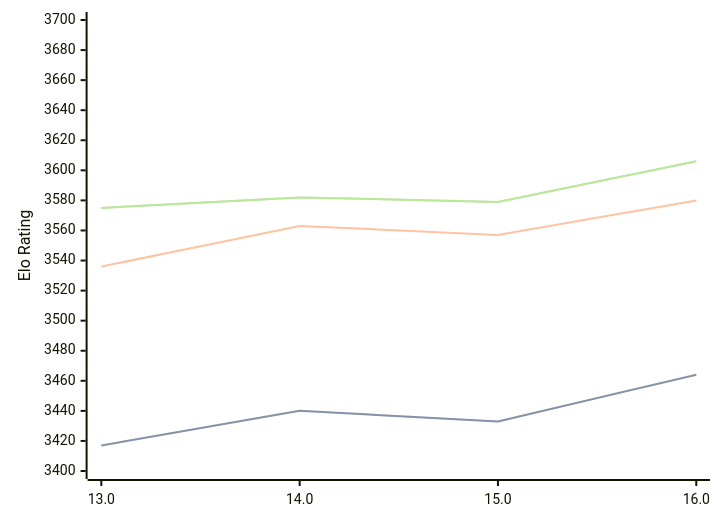
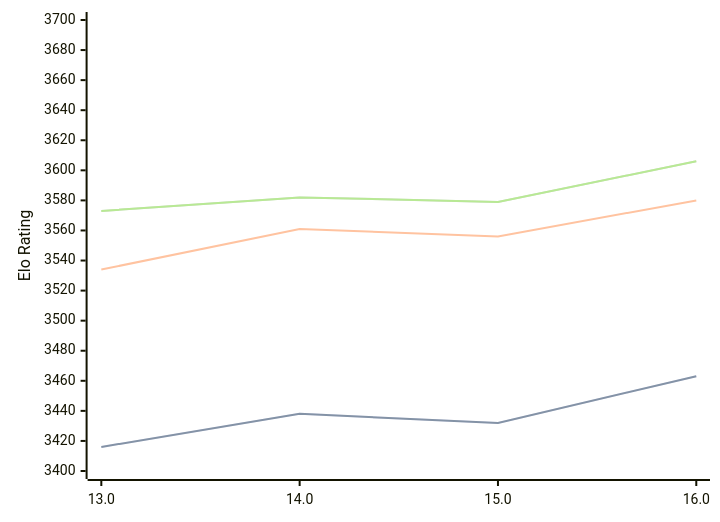
The diagram in engines/Obsidian.md (computer-chess-index/cci), drawn with Mermaid before and after one commit. The commit also changed other lines of this file, not shown here.

Commit message:
Update CCI Ratings (ELO VLTC) - 2026-03-23

````diff
--- a/engines/Obsidian.md
+++ b/engines/Obsidian.md
@@ -43,11 +43,11 @@
 ```mermaid
 %%{init: {"theme":"base","themeVariables":{"seriesColors:['#a3a3a3','#222221','#faa371']}}}%%
 xychart-beta
   x-axis ["13.0", "14.0", "15.0", "16.0"]
   y-axis "Elo Rating" 3400 --> 3700
-  line "STC (8.0+0.08s)" [3417, 3440, 3433, 3464]
-  line "STC (8.0+0.08s)" [3417, 3440, 3433, 3464]
-  line "LTC (60.0+0.60s)" [3536, 3563, 3557, 3580]
-  line "VLTC (2m24s+1.12s)" [3575, 3582, 3579, 3606]
-  line "VLTC (2m24s+1.12s)" [3575, 3582, 3579, 3606]
+  line "STC (8.0+0.08s)" [3416, 3438, 3432, 3463]
+  line "STC (8.0+0.08s)" [3416, 3438, 3432, 3463]
+  line "LTC (60.0+0.60s)" [3534, 3561, 3556, 3580]
+  line "VLTC (2m24s+1.12s)" [3573, 3582, 3579, 3606]
+  line "VLTC (2m24s+1.12s)" [3573, 3582, 3579, 3606]
 ```
````
